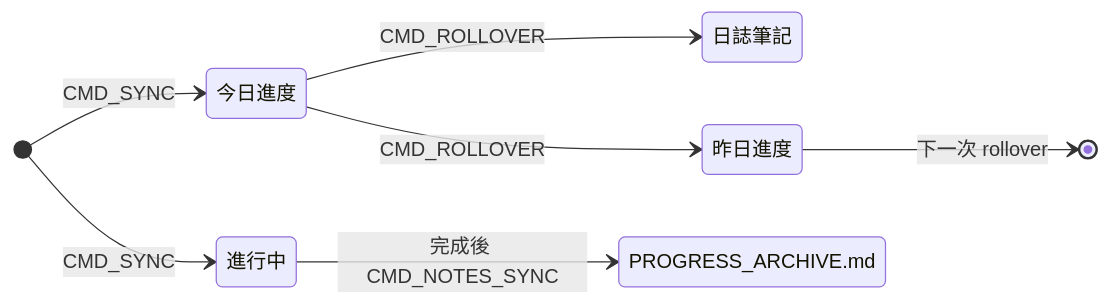
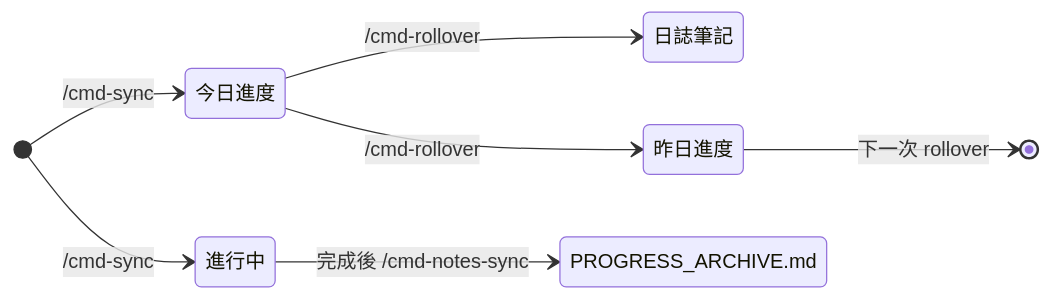
Before and after one commit to zelvet-velvet/agent-worklog-vault: the fourth of 6 diagrams in README.zh-TW.md, drawn with Mermaid. The commit also changed other lines of this file and 16 other files, not shown here.

````diff
--- a/README.zh-TW.md
+++ b/README.zh-TW.md
@@ -80,15 +80,15 @@
 ```mermaid
 stateDiagram-v2
     direction LR
-    [*] --> Today: CMD_SYNC
-    Today --> DayNote: CMD_ROLLOVER
-    Today --> Yesterday: CMD_ROLLOVER
+    [*] --> Today: /cmd-sync
+    Today --> DayNote: /cmd-rollover
+    Today --> Yesterday: /cmd-rollover
     Yesterday --> [*]: 下一次 rollover
-    [*] --> Ongoing: CMD_SYNC
-    Ongoing --> Archive: 完成後 CMD_NOTES_SYNC
+    [*] --> Ongoing: /cmd-sync
+    Ongoing --> Archive: 完成後 /cmd-notes-sync
     Today: 今日進度
     Yesterday: 昨日進度
     Ongoing: 進行中
     DayNote: 日誌筆記
     Archive: PROGRESS_ARCHIVE.md
 ```
````
